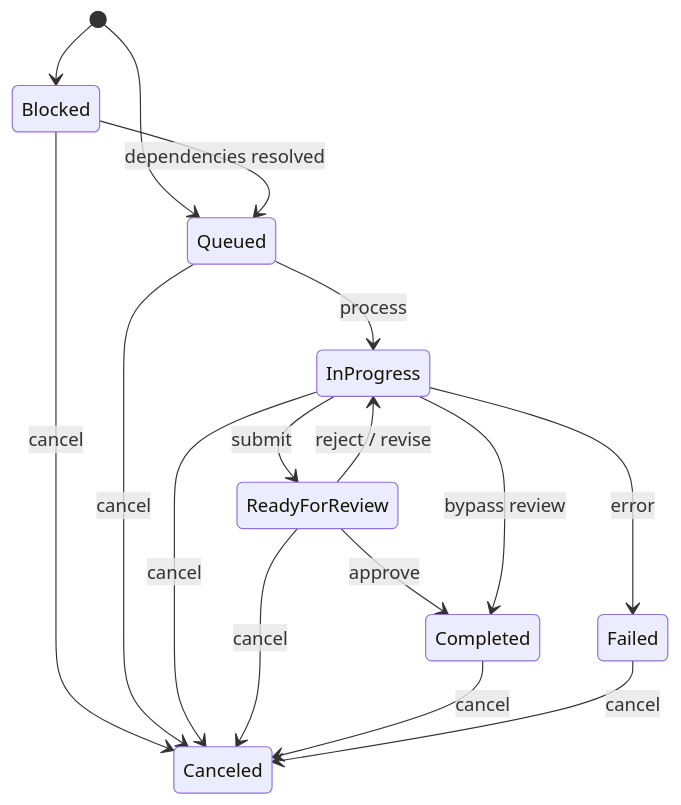
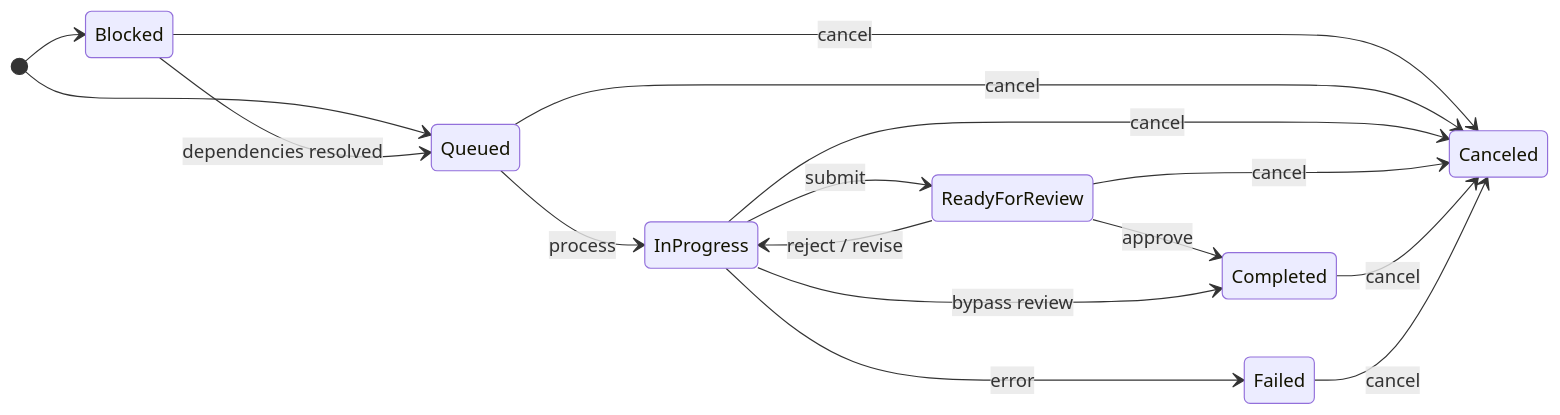
The third of 3 diagrams in README.md (benmaxlevy/EngageLoop), drawn with Mermaid before and after one commit.

Commit message:
ELOOP-1(project): fix task fsm diagram

````diff
--- a/README.md
+++ b/README.md
@@ -120,20 +120,21 @@
 ```mermaid
 stateDiagram-v2
+    direction LR
     [*] --> Blocked
     state "Queued" as Q
     [*] --> Q
     Blocked --> Q : dependencies resolved
     Q --> InProgress : process
     InProgress --> ReadyForReview : submit
     ReadyForReview --> InProgress : reject / revise
     ReadyForReview --> Completed : approve
     InProgress --> Failed : error
     InProgress --> Completed : bypass review
 
     Blocked --> Canceled : cancel
     Q --> Canceled : cancel
     InProgress --> Canceled : cancel
     ReadyForReview --> Canceled : cancel
     Completed --> Canceled : cancel
     Failed --> Canceled : cancel
 ```
````
